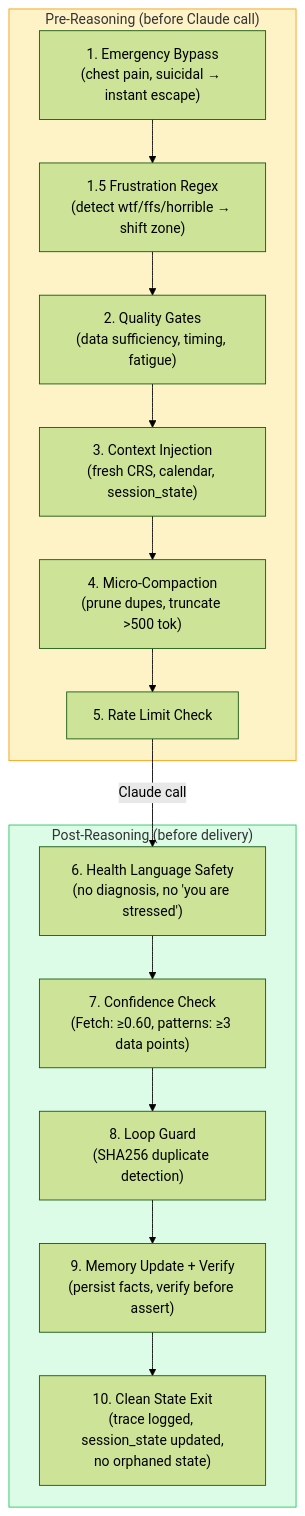
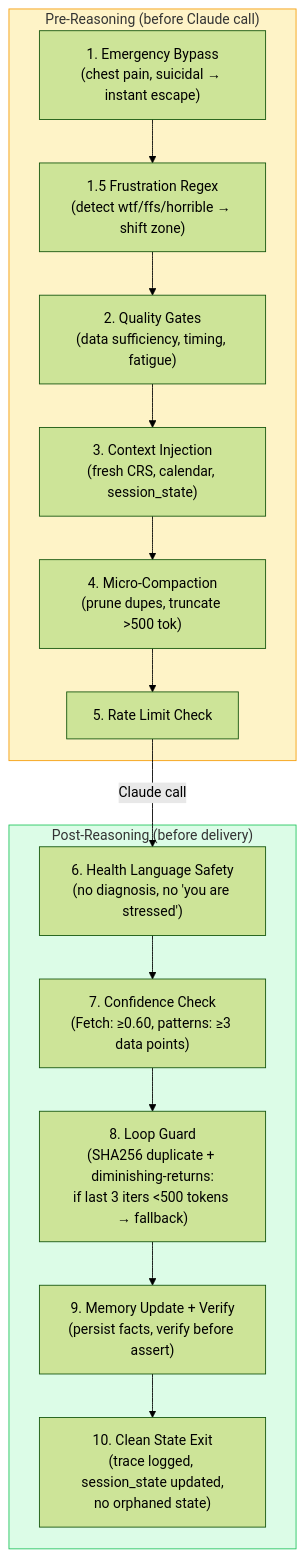
The third of 15 diagrams in docs-site/architecture-glance.md (Pin4sf/Waldo), drawn with Mermaid (forest theme) before and after one commit. The commit also changed other lines of this file and 166 other files, not shown here.

````diff
--- a/docs-site/architecture-glance.md
+++ b/docs-site/architecture-glance.md
@@ -102,26 +102,26 @@
 ```mermaid
 graph TD
     subgraph Pre["Pre-Reasoning (before Claude call)"]
         H1["1. Emergency Bypass<br/>(chest pain, suicidal → instant escape)"]
         H1B["1.5 Frustration Regex<br/>(detect wtf/ffs/horrible → shift zone)"]
         H2["2. Quality Gates<br/>(data sufficiency, timing, fatigue)"]
         H3["3. Context Injection<br/>(fresh CRS, calendar, session_state)"]
         H4["4. Micro-Compaction<br/>(prune dupes, truncate >500 tok)"]
         H5["5. Rate Limit Check"]
     end
 
     subgraph Post["Post-Reasoning (before delivery)"]
         H6["6. Health Language Safety<br/>(no diagnosis, no 'you are stressed')"]
         H7["7. Confidence Check<br/>(Fetch: ≥0.60, patterns: ≥3 data points)"]
-        H8["8. Loop Guard<br/>(SHA256 duplicate detection)"]
+        H8["8. Loop Guard<br/>(SHA256 duplicate + diminishing-returns:<br/>if last 3 iters <500 tokens → fallback)"]
         H9["9. Memory Update + Verify<br/>(persist facts, verify before assert)"]
         H10["10. Clean State Exit<br/>(trace logged, session_state updated,<br/>no orphaned state)"]
     end
 
     H1 --> H1B --> H2 --> H3 --> H4 --> H5
     H5 -->|Claude call| H6
     H6 --> H7 --> H8 --> H9 --> H10
 
     style Pre fill:#fef3c7,stroke:#f59e0b
     style Post fill:#dcfce7,stroke:#22c55e
 ```
````
